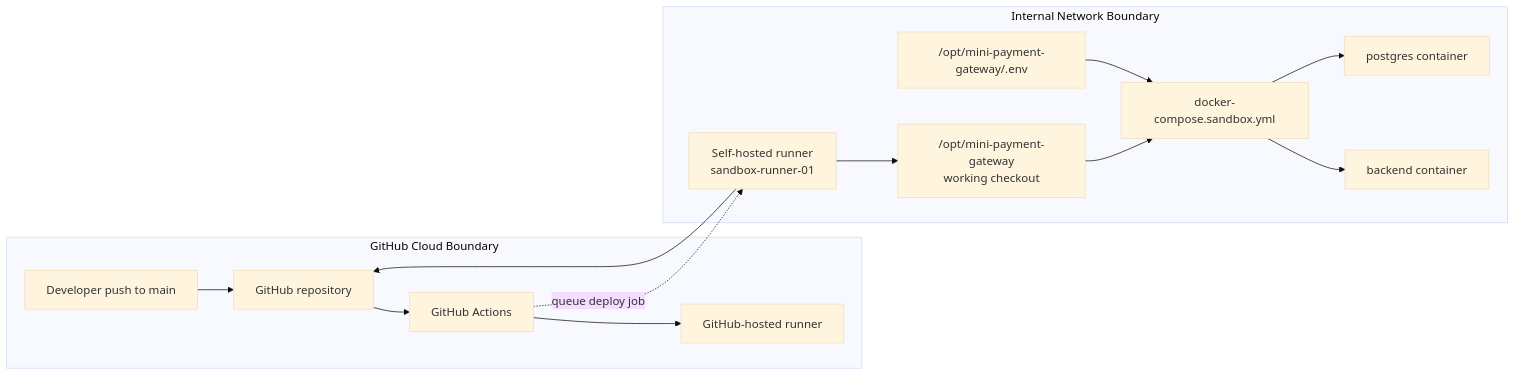
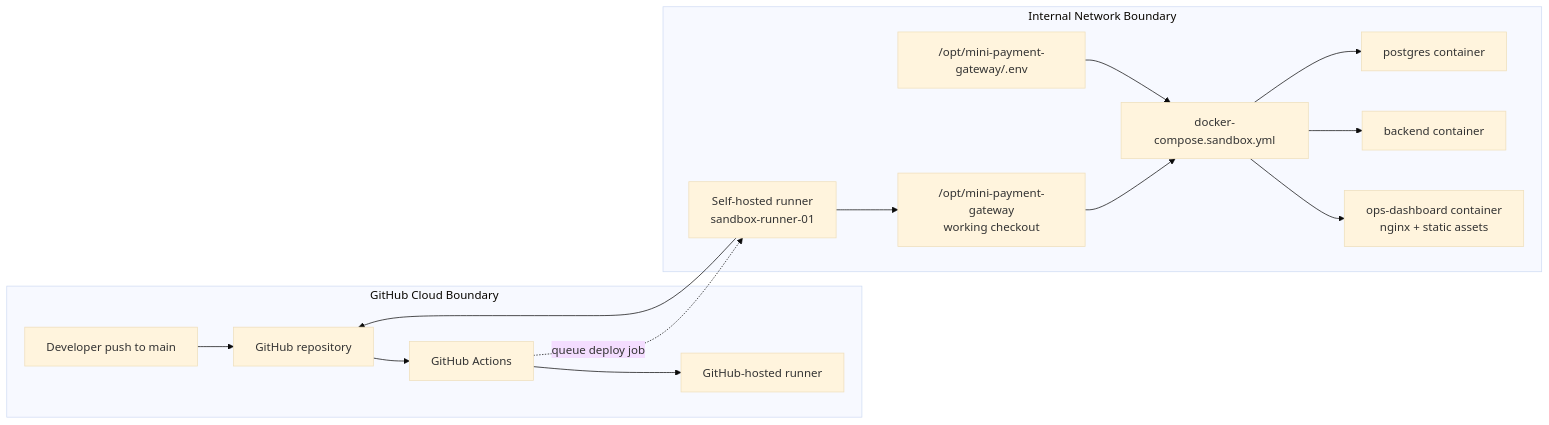
One commit to biabeogo147/mini-payment-gateway changed the first of 2 diagrams in docs/infrastructure/devops-architecture.md. Above: the diagram before and after it, drawn with Mermaid (base theme). The commit also changed other lines of this file and 8 other files, not shown here.

````diff
--- a/docs/infrastructure/devops-architecture.md
+++ b/docs/infrastructure/devops-architecture.md
@@ -68,29 +72,31 @@
 ```mermaid
 flowchart LR
     subgraph GitHub["GitHub Cloud Boundary"]
         Dev["Developer push to main"]
         GH["GitHub repository"]
         GHA["GitHub Actions"]
         Hosted["GitHub-hosted runner"]
     end
 
     subgraph Internal["Internal Network Boundary"]
         Runner["Self-hosted runner\nsandbox-runner-01"]
         Repo["/opt/mini-payment-gateway\nworking checkout"]
         Compose["docker-compose.sandbox.yml"]
         DB["postgres container"]
         API["backend container"]
+        UI["ops-dashboard container\nnginx + static assets"]
         Env["/opt/mini-payment-gateway/.env"]
     end
 
     Dev --> GH
     GH --> GHA
     GHA --> Hosted
     GHA -. queue deploy job .-> Runner
     Runner --> GH
     Runner --> Repo
     Repo --> Compose
     Env --> Compose
     Compose --> DB
     Compose --> API
+    Compose --> UI
 ```
````
